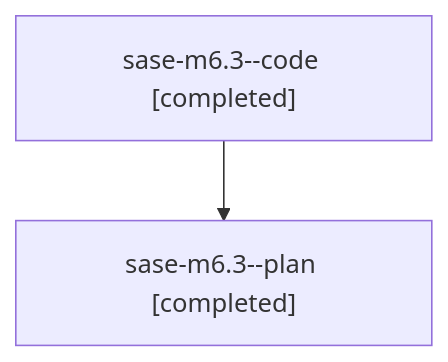
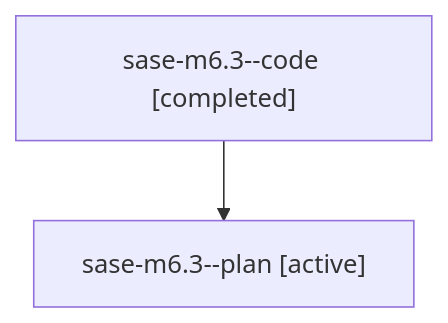
The diagram in families/bbugyi200.athena.sase-m6.3.md (sase-org/sase--agents), drawn with Mermaid before and after one commit. The commit also changed other lines of this file and 35830 other files, not shown here.

````diff
--- a/families/bbugyi200.athena.sase-m6.3.md
+++ b/families/bbugyi200.athena.sase-m6.3.md
@@ -9,6 +9,6 @@
 ```mermaid
 flowchart TD
   n0["sase-m6.3--code [completed]"]
-  n1["sase-m6.3--plan [completed]"]
+  n1["sase-m6.3--plan [active]"]
   n0 --> n1
 ```
````
